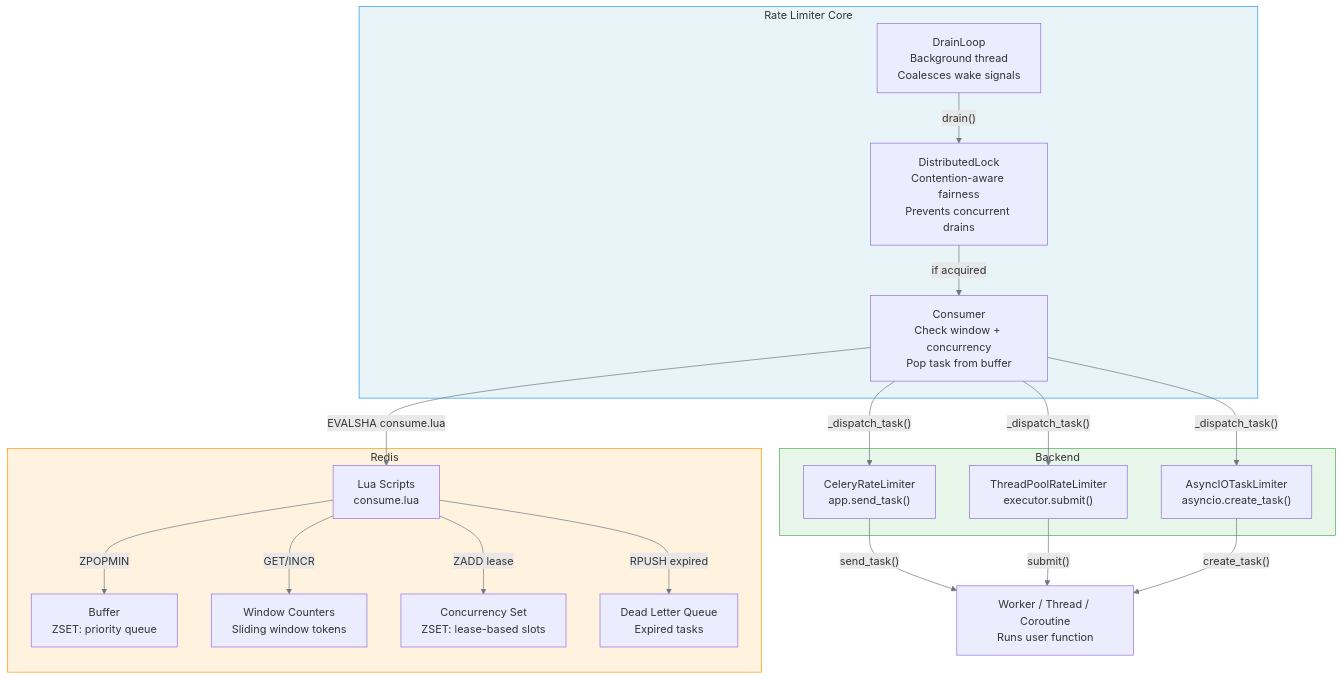
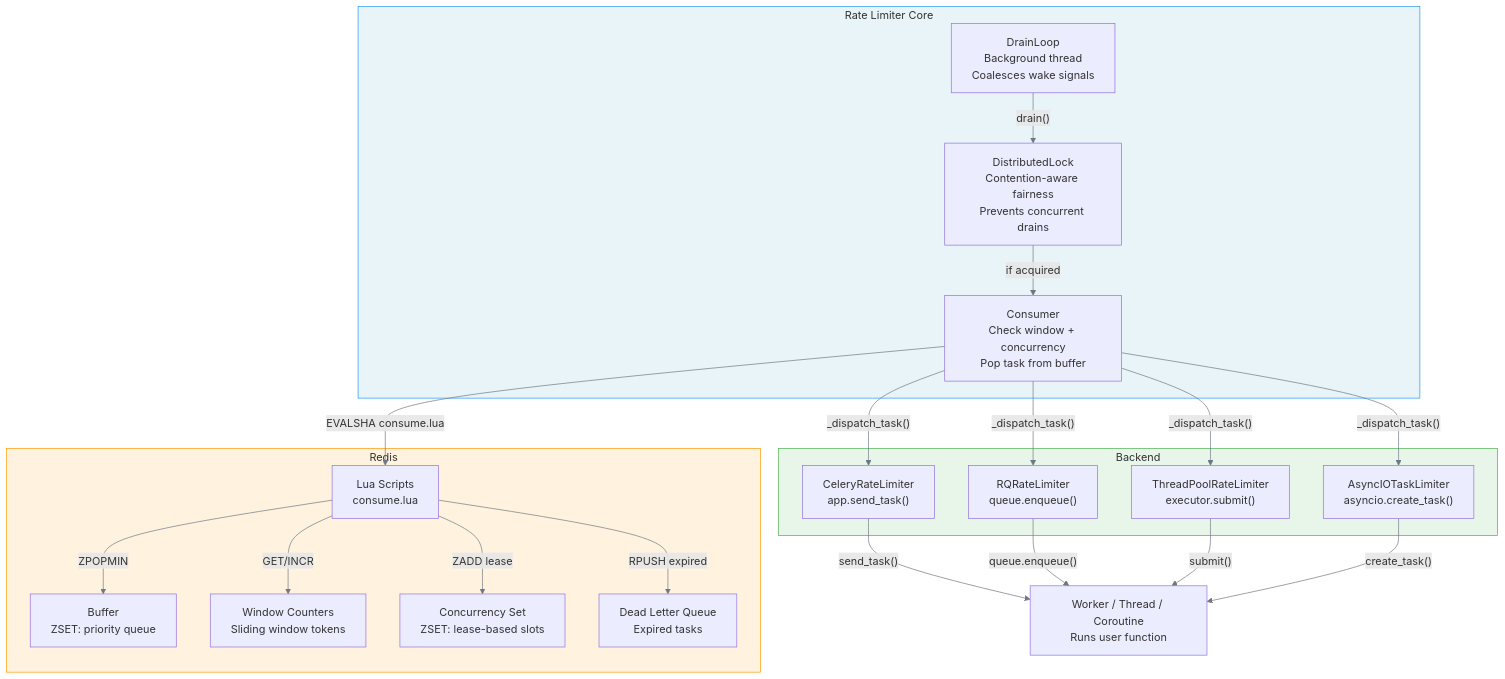
Before and after one commit to melroy999/redis-rate-limiter: the third of 5 diagrams in docs/architecture/components.md, drawn with Mermaid. The commit also changed other lines of this file and 30 other files, not shown here.

````diff
--- a/docs/architecture/components.md
+++ b/docs/architecture/components.md
@@ -99,43 +99,46 @@
 ```mermaid
 %%{init: {"theme": "default", "themeVariables": {"lineColor": "#6e7781"}}}%%
 graph TD
     subgraph Limiter ["Rate Limiter Core"]
         DrainLoop["DrainLoop<br>Background thread<br>Coalesces wake signals"]
         Lock["DistributedLock<br>Contention-aware fairness<br>Prevents concurrent drains"]
         Consumer["Consumer<br>Check window + concurrency<br>Pop task from buffer"]
     end
 
     subgraph Redis ["Redis"]
         LuaScripts["Lua Scripts<br>consume.lua"]
         Buffer["Buffer<br>ZSET: priority queue"]
         WindowCounters["Window Counters<br>Sliding window tokens"]
         ConcurrencySet["Concurrency Set<br>ZSET: lease-based slots"]
         DLQ["Dead Letter Queue<br>Expired tasks"]
     end
 
     subgraph Backends ["Backend"]
         Celery["CeleryRateLimiter<br>app.send_task()"]
+        RQ["RQRateLimiter<br>queue.enqueue()"]
         ThreadPool["ThreadPoolRateLimiter<br>executor.submit()"]
         AsyncIO["AsyncIOTaskLimiter<br>asyncio.create_task()"]
     end
 
     Worker["Worker / Thread / Coroutine<br>Runs user function"]
 
     DrainLoop -->|"drain()"| Lock
     Lock -->|"if acquired"| Consumer
     Consumer -->|"EVALSHA consume.lua"| LuaScripts
     LuaScripts -->|"GET/INCR"| WindowCounters
     LuaScripts -->|"ZPOPMIN"| Buffer
     LuaScripts -->|"ZADD lease"| ConcurrencySet
     LuaScripts -->|"RPUSH expired"| DLQ
     Consumer -->|"_dispatch_task()"| Celery
+    Consumer -->|"_dispatch_task()"| RQ
     Consumer -->|"_dispatch_task()"| ThreadPool
     Consumer -->|"_dispatch_task()"| AsyncIO
     Celery -->|"send_task()"| Worker
+    RQ -->|"queue.enqueue()"| Worker
     ThreadPool -->|"submit()"| Worker
     AsyncIO -->|"create_task()"| Worker
 
     style Limiter fill:#e8f4f8,stroke:#2196F3
     style Redis fill:#fff3e0,stroke:#FF9800
     style Backends fill:#e8f5e9,stroke:#4CAF50
 ```
````
